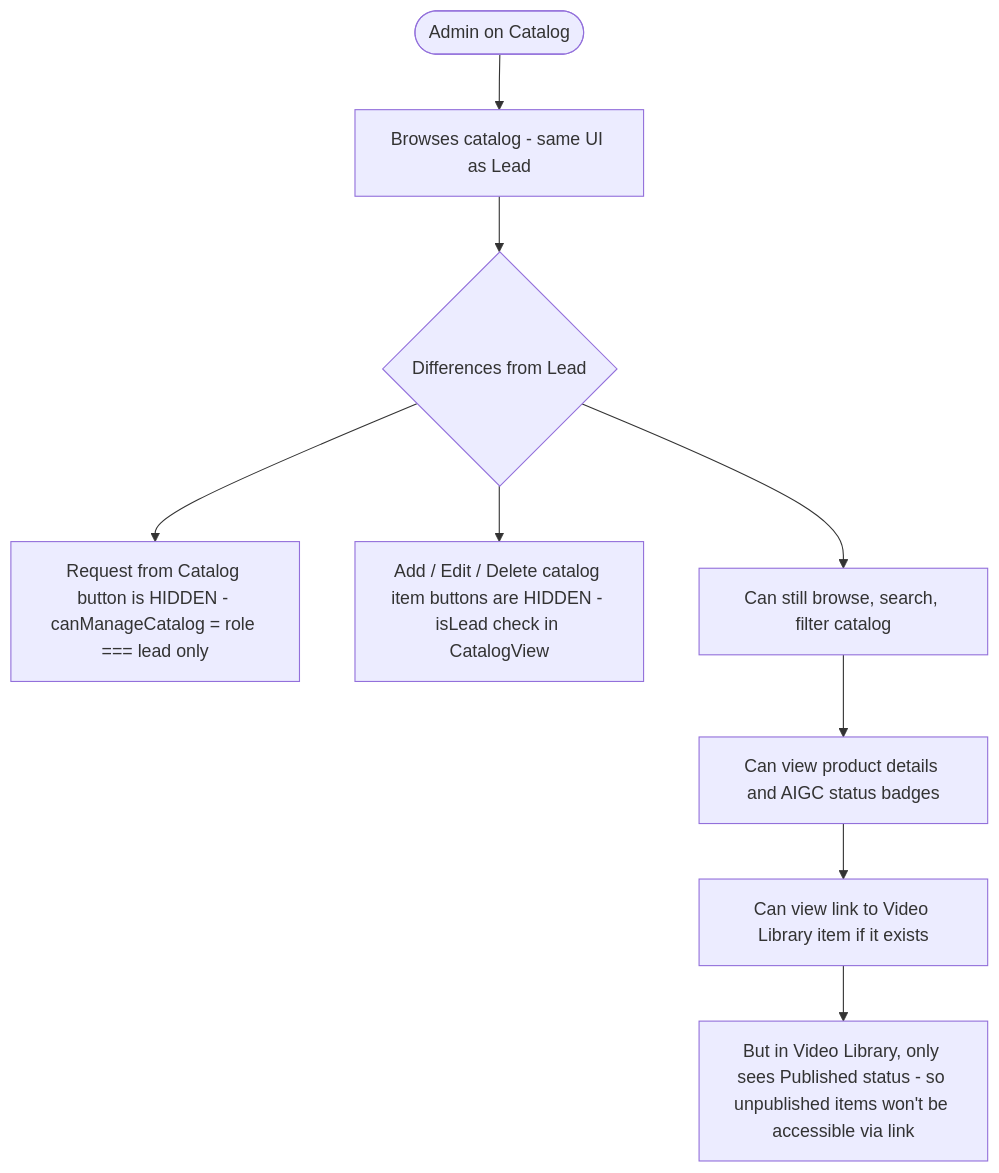
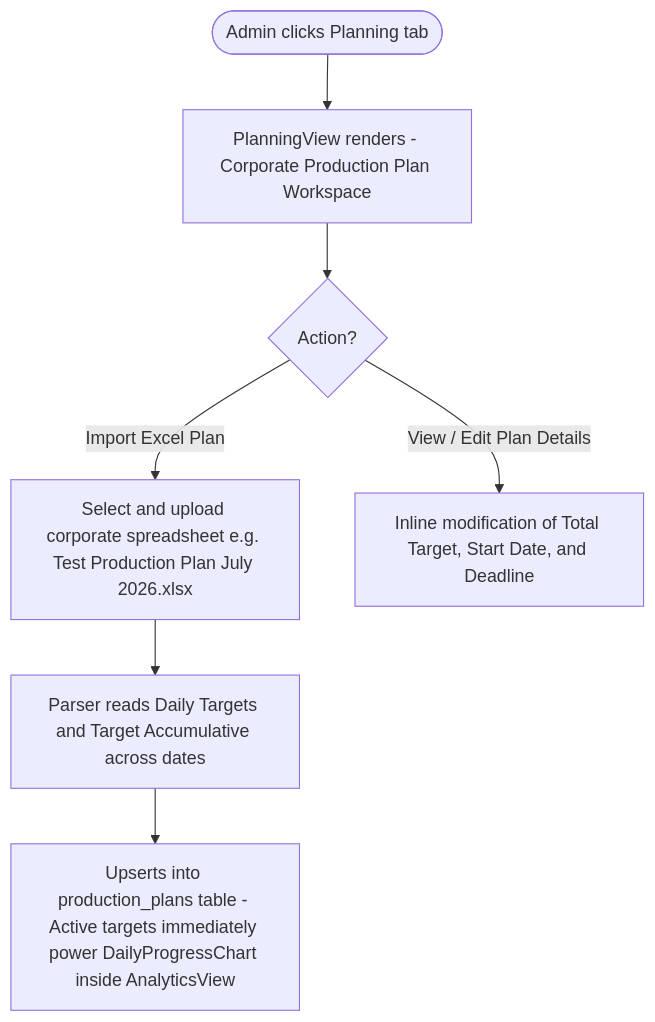
Before and after one commit to Lyduke56/BuckedUp-Dashboard-Lifewood: diagram 15 of 18 in role_workflows.md, drawn with Mermaid. The commit also changed other lines of this file and 6 other files, not shown here.

````diff
--- a/role_workflows.md
+++ b/role_workflows.md
@@ -625,11 +437,9 @@
 ```mermaid
 flowchart TD
-    A([Admin on Catalog]) --> B["Browses catalog - same UI as Lead"]
-    B --> C{Differences from Lead}
-    C --> D["Request from Catalog button is HIDDEN - canManageCatalog = role === lead only"]
-    C --> E["Add / Edit / Delete catalog item buttons are HIDDEN - isLead check in CatalogView"]
-    C --> F["Can still browse, search, filter catalog"]
-    F --> G["Can view product details and AIGC status badges"]
-    G --> H["Can view link to Video Library item if it exists"]
-    H --> I["But in Video Library, only sees Published status - so unpublished items won't be accessible via link"]
+    A([Admin clicks Planning tab]) --> B["PlanningView renders - Corporate Production Plan Workspace"]
+    B --> C{Action?}
+    C -- "Import Excel Plan" --> D["Select and upload corporate spreadsheet e.g. Test Production Plan July 2026.xlsx"]
+    D --> E["Parser reads Daily Targets and Target Accumulative across dates"]
+    E --> F["Upserts into production_plans table - Active targets immediately power DailyProgressChart inside AnalyticsView"]
+    C -- "View / Edit Plan Details" --> G["Inline modification of Total Target, Start Date, and Deadline"]
 ```
````
